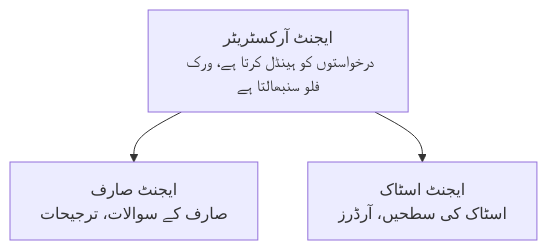
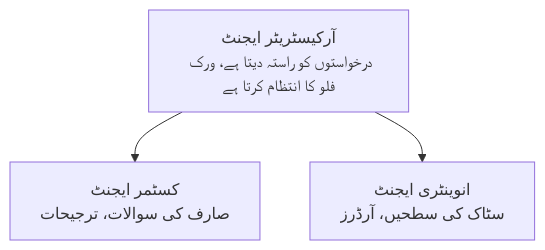
The diagram in translations/ur/docs/chapter-05-multi-agent/README.md (microsoft/AZD-for-beginners), drawn with Mermaid before and after one commit. The commit also changed other lines of this file and 60 other files, not shown here.

````diff
--- a/translations/ur/docs/chapter-05-multi-agent/README.md
+++ b/translations/ur/docs/chapter-05-multi-agent/README.md
@@ -54,5 +54,5 @@
 ```mermaid
 graph TD
-    Orchestrator[ایجنٹ آرکسٹریٹر<br/>درخواستوں کو ہینڈل کرتا ہے، ورک فلو سنبھالتا ہے] --> Customer[ایجنٹ صارف<br/>صارف کے سوالات، ترجیحات]
-    Orchestrator --> Inventory[ایجنٹ اسٹاک<br/>اسٹاک کی سطحیں، آرڈرز]
+    Orchestrator[آرکیسٹریٹر ایجنٹ<br/>درخواستوں کو راستہ دیتا ہے، ورک فلو کا انتظام کرتا ہے] --> Customer[کسٹمر ایجنٹ<br/>صارف کی سوالات، ترجیحات]
+    Orchestrator --> Inventory[انوینٹری ایجنٹ<br/>سٹاک کی سطحیں، آرڈرز]
 ```
````
